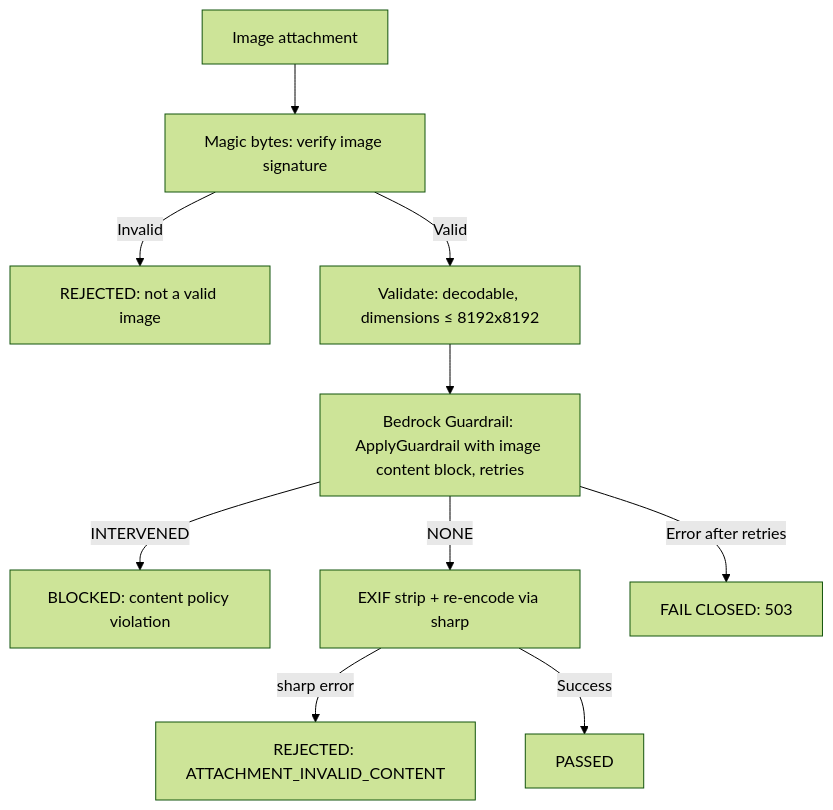
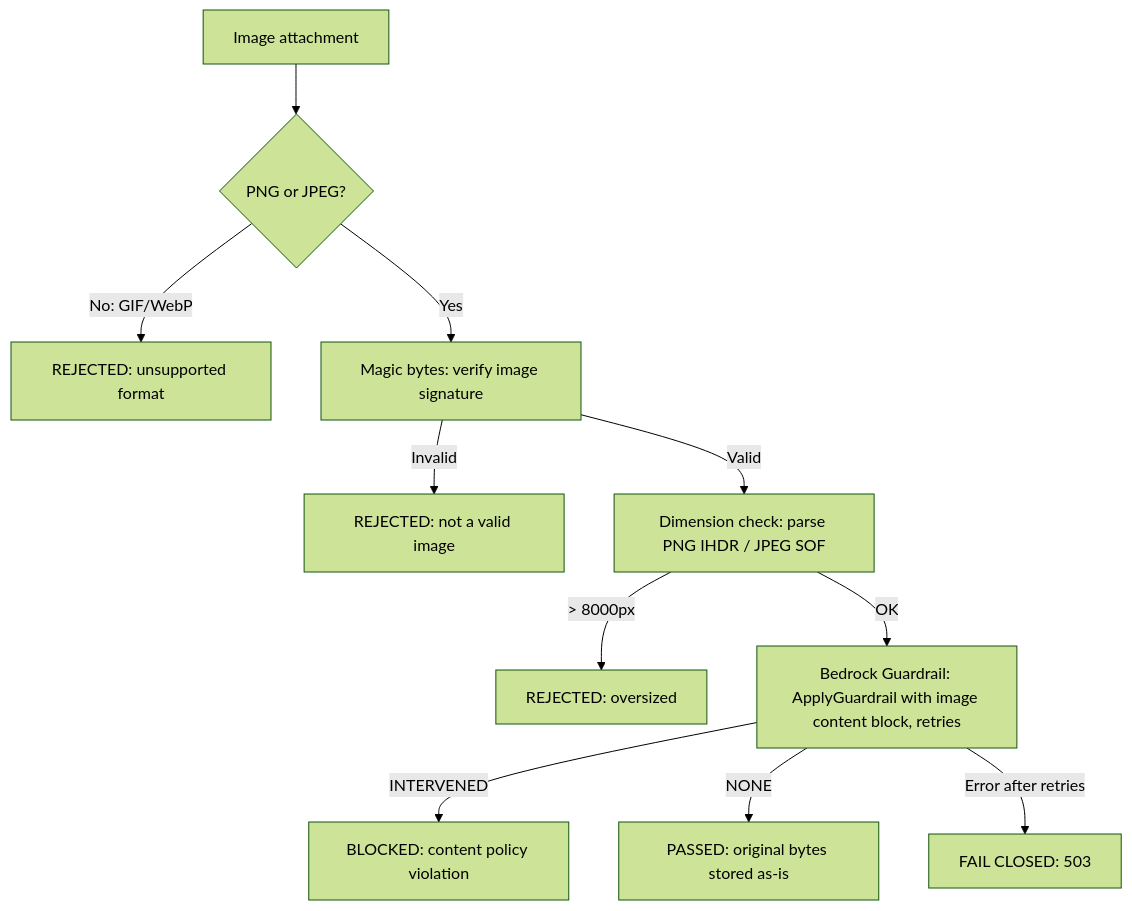
Before and after one commit to aws-samples/sample-autonomous-cloud-coding-agents: the fourth of 6 diagrams in docs/design/ATTACHMENTS.md, drawn with Mermaid (forest theme). The commit also changed other lines of this file and 25 other files, not shown here.

````diff
--- a/docs/design/ATTACHMENTS.md
+++ b/docs/design/ATTACHMENTS.md
@@ -421,12 +418,13 @@
 ```mermaid
 flowchart TD
-    I[Image attachment] --> MB[Magic bytes: verify image signature]
+    I[Image attachment] --> FMT{PNG or JPEG?}
+    FMT -->|No: GIF/WebP| RJ[REJECTED: unsupported format]
+    FMT -->|Yes| MB[Magic bytes: verify image signature]
     MB -->|Invalid| R[REJECTED: not a valid image]
-    MB -->|Valid| V[Validate: decodable, dimensions ≤ 8192x8192]
-    V --> G[Bedrock Guardrail: ApplyGuardrail with image content block, retries]
+    MB -->|Valid| D[Dimension check: parse PNG IHDR / JPEG SOF]
+    D -->|> 8000px| OV[REJECTED: oversized]
+    D -->|OK| G[Bedrock Guardrail: ApplyGuardrail with image content block, retries]
     G -->|INTERVENED| B[BLOCKED: content policy violation]
-    G -->|NONE| M[EXIF strip + re-encode via sharp]
-    M -->|sharp error| SE[REJECTED: ATTACHMENT_INVALID_CONTENT]
-    M -->|Success| P[PASSED]
+    G -->|NONE| P[PASSED: original bytes stored as-is]
     G -->|Error after retries| F[FAIL CLOSED: 503]
 ```
````
